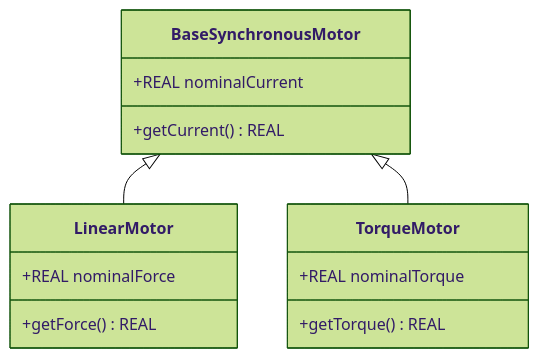
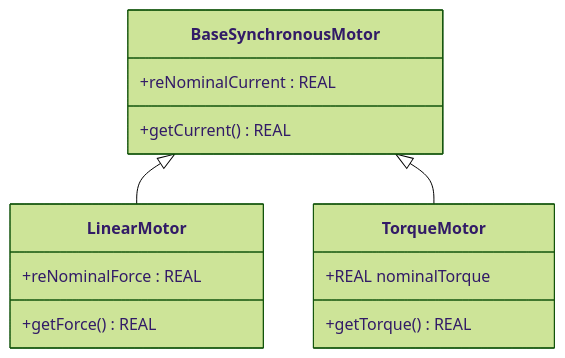
The third of 8 diagrams in AAut_MOD_01_IEC_61131_OOP_Introduction/README Reference.md (hei-synd-aaut/aaut-docs), drawn with Mermaid (forest theme) before and after one commit. The commit also changed other lines of this file and 12 other files, not shown here.

````diff
--- a/AAut_MOD_01_IEC_61131_OOP_Introduction/README Reference.md
+++ b/AAut_MOD_01_IEC_61131_OOP_Introduction/README Reference.md
@@ -607,20 +607,20 @@
 ```mermaid
 classDiagram
   class BaseSynchronousMotor {
-    +REAL nominalCurrent
+    +reNominalCurrent : REAL 
     +getCurrent() REAL
   }
 
   class LinearMotor {
-    +REAL nominalForce
+    +reNominalForce : REAL 
     +getForce() REAL
   }
 
   class TorqueMotor {
     +REAL nominalTorque
     +getTorque() REAL
   }  
 
   BaseSynchronousMotor <|-- LinearMotor
   BaseSynchronousMotor <|-- TorqueMotor
 ```
````
